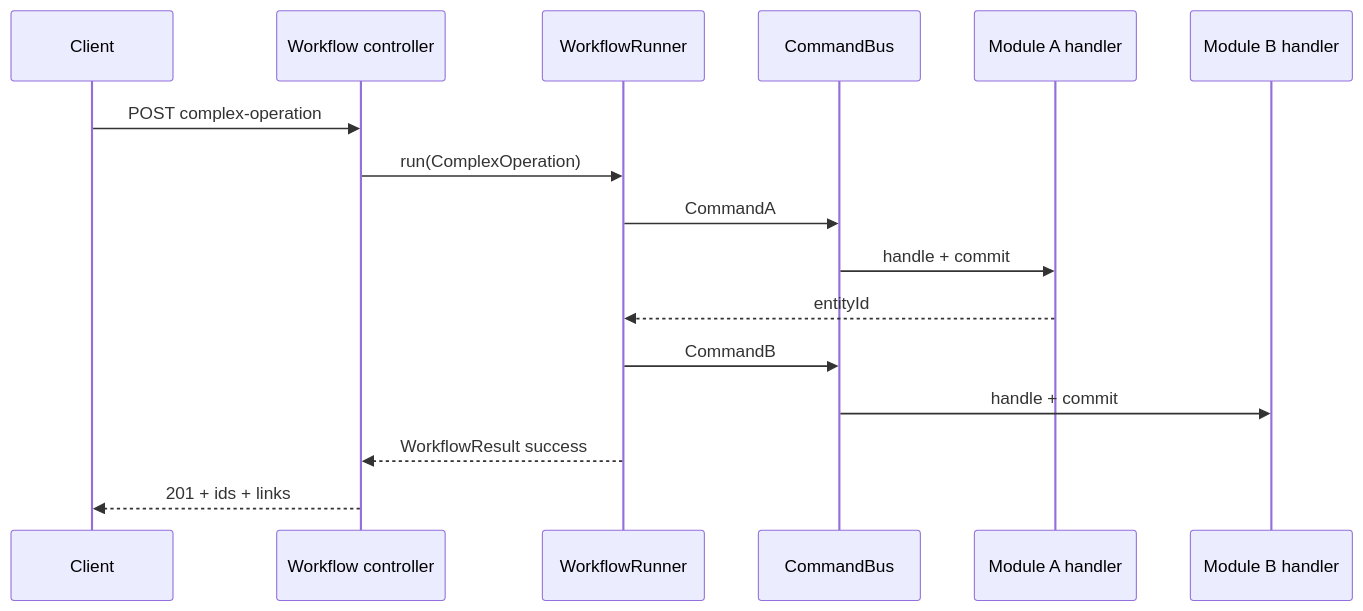
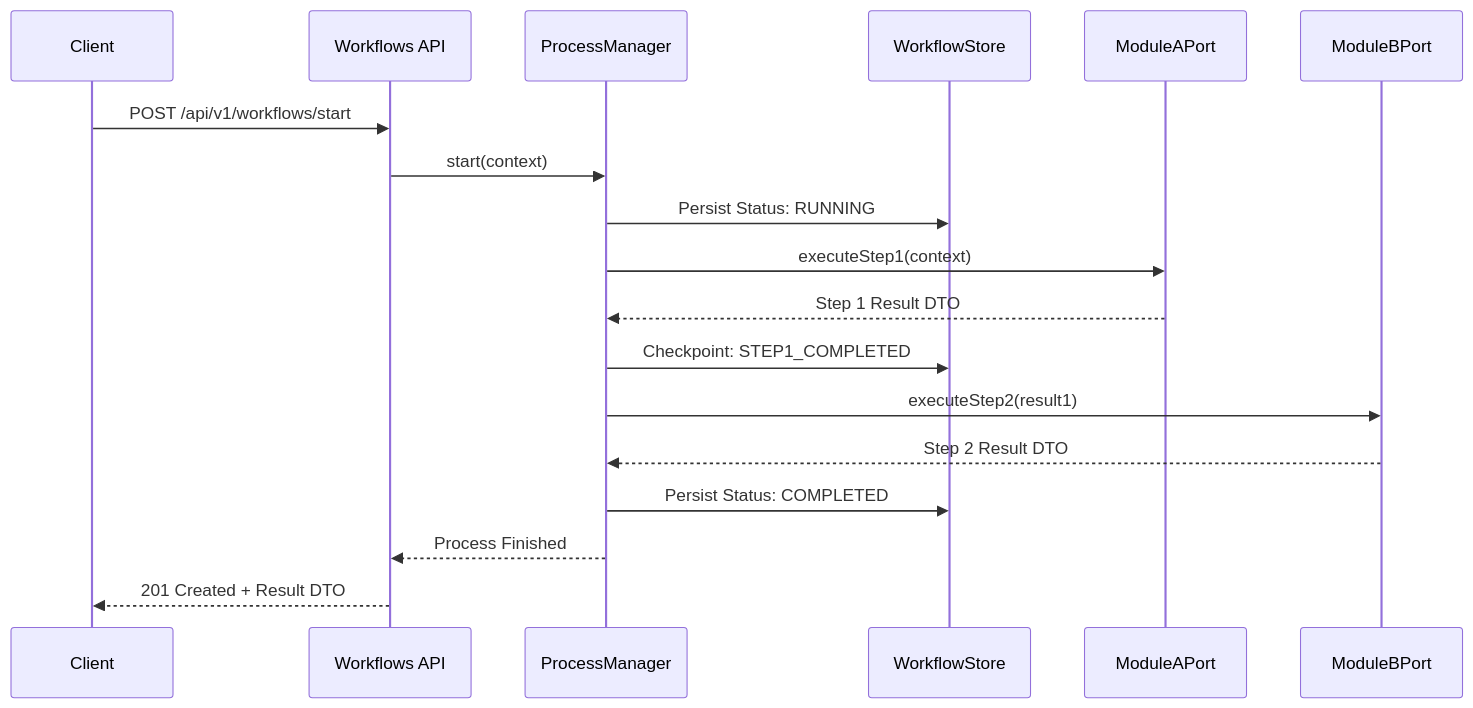
Before and after one commit to khinemyaezin/grab: the fourth of 5 diagrams in docs/system/ADR_006-Orchestrated_saga_architecture.md, drawn with Mermaid. The commit also changed other lines of this file and 32 other files, not shown here.

Commit message:
feat: implement workflow framework with support for running, resuming, and checkpointing

````diff
--- a/docs/system/ADR_006-Orchestrated_saga_architecture.md
+++ b/docs/system/ADR_006-Orchestrated_saga_architecture.md
@@ -186,19 +126,21 @@
 ```mermaid
 sequenceDiagram
   participant Client
-  participant API as Workflow controller
-  participant Runner as WorkflowRunner
-  participant Bus as CommandBus
-  participant ModA as Module A handler
-  participant ModB as Module B handler
+  participant API as Workflows API
+  participant PM as ProcessManager
+  participant Store as WorkflowStore
+  participant A as ModuleAPort
+  participant B as ModuleBPort
 
-  Client->>API: POST complex-operation
-  API->>Runner: run(ComplexOperation)
-  Runner->>Bus: CommandA
-  Bus->>ModA: handle + commit
-  ModA-->>Runner: entityId
-  Runner->>Bus: CommandB
-  Bus->>ModB: handle + commit
-  Runner-->>API: WorkflowResult success
-  API-->>Client: 201 + ids + links
+  Client->>API: POST /api/v1/workflows/start
+  API->>PM: start(context)
+  PM->>Store: Persist Status: RUNNING
+  PM->>A: executeStep1(context)
+  A-->>PM: Step 1 Result DTO
+  PM->>Store: Checkpoint: STEP1_COMPLETED
+  PM->>B: executeStep2(result1)
+  B-->>PM: Step 2 Result DTO
+  PM->>Store: Persist Status: COMPLETED
+  PM-->>API: Process Finished
+  API-->>Client: 201 Created + Result DTO
 ```
````
